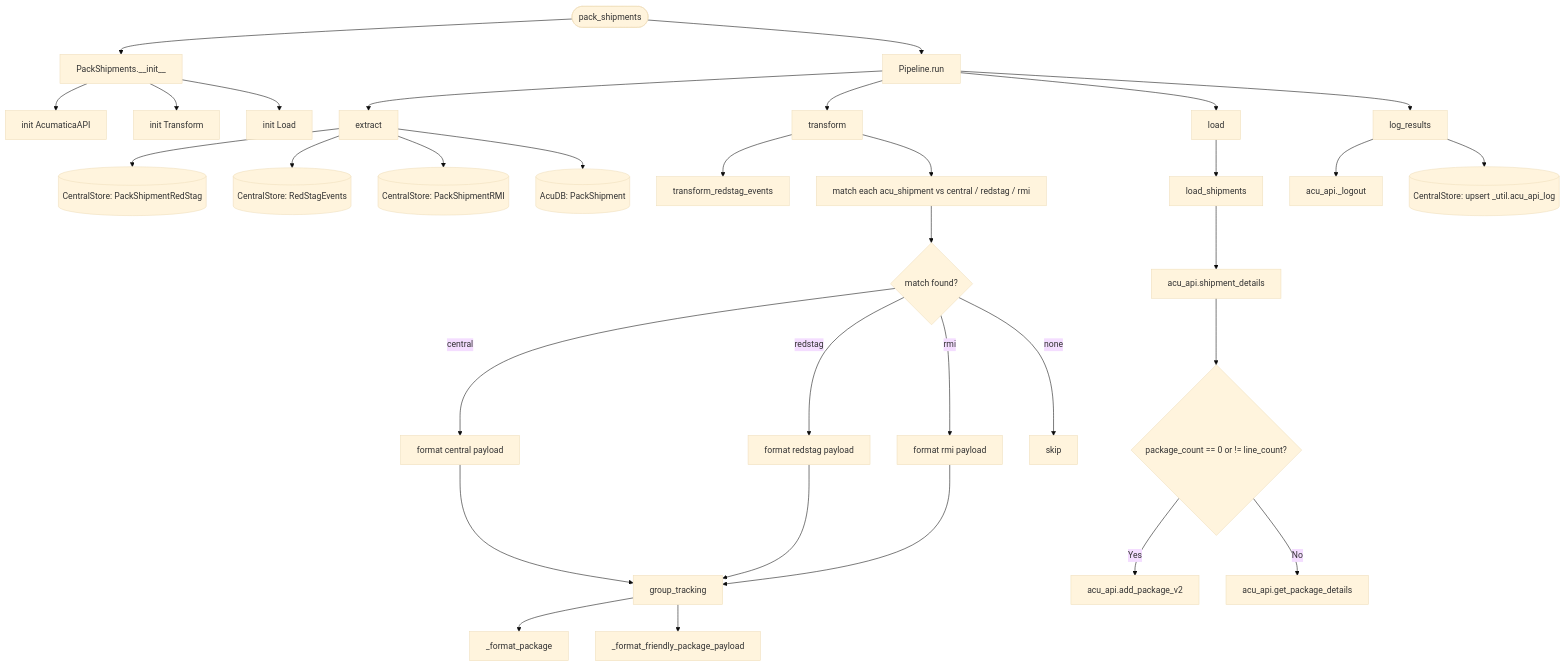
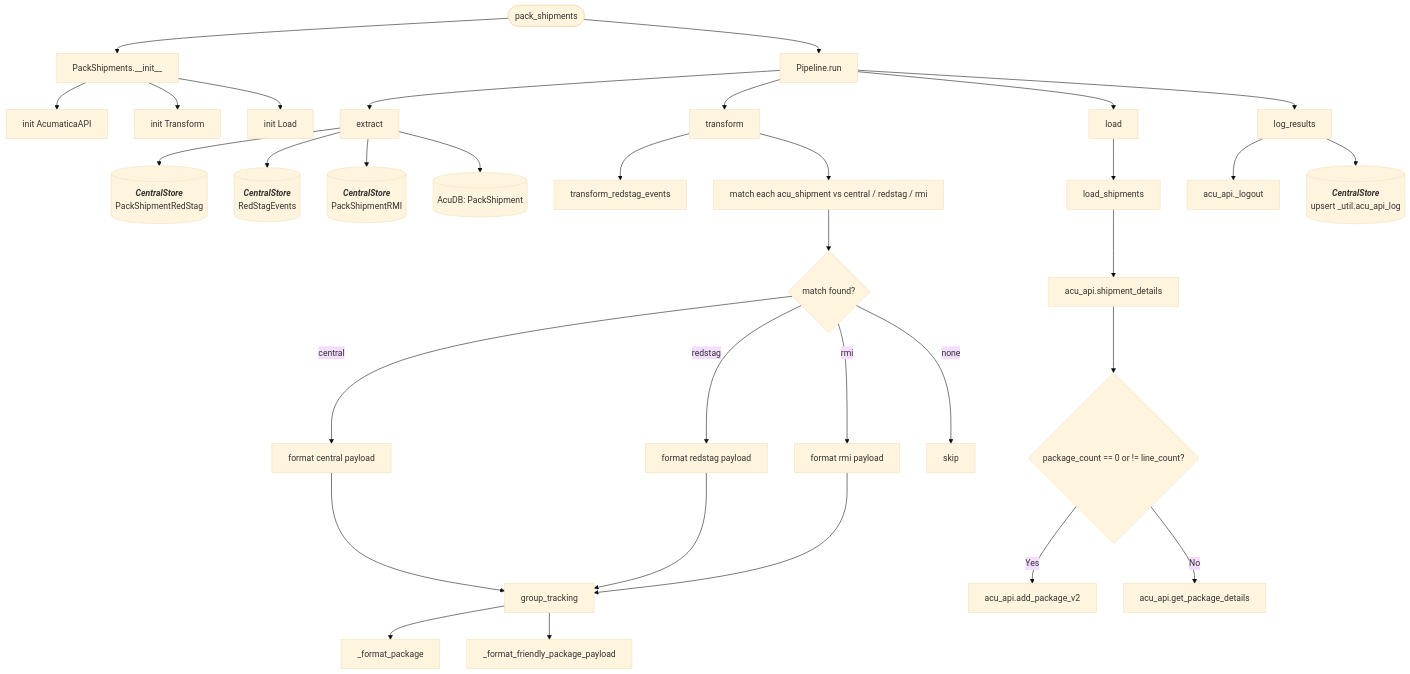
The diagram in docs/pipelines/pack_shipments.md (journeyhl/integration-platform), drawn with Mermaid (base theme) before and after one commit. The commit also changed 25 other files, not shown here.

````diff
--- a/docs/pipelines/pack_shipments.md
+++ b/docs/pipelines/pack_shipments.md
@@ -1,38 +1,50 @@
 ```mermaid
 %%{init: {"flowchart": {"wrappingWidth": 400}}}%%
 flowchart TD
     A([pack_shipments]) --> B[PackShipments.__init__]
     B --> B1[init AcumaticaAPI]
     B --> B2[init Transform]
     B --> B3[init Load]
     A --> RUN[Pipeline.run]
 
     RUN --> EX[extract]
-    EX --> D1[(CentralStore: PackShipmentRedStag)]
-    EX --> D2[(CentralStore: RedStagEvents)]
-    EX --> D3[(CentralStore: PackShipmentRMI)]
+    EX --> D1[(
+        <b><i>CentralStore</i></b>
+        PackShipmentRedStag
+    )]
+    EX --> D2[(
+        <b><i>CentralStore</i></b>
+        RedStagEvents
+    )]
+    EX --> D3[(
+        <b><i>CentralStore</i></b>
+        PackShipmentRMI
+    )]
     EX --> D4[(AcuDB: PackShipment)]
 
     RUN --> TR[transform]
     TR --> T1[transform_redstag_events]
     TR --> T2[match each acu_shipment vs central / redstag / rmi]
     T2 --> MATCH{match found?}
     MATCH -->|central| M1[format central payload]
     MATCH -->|redstag| M2[format redstag payload]
     MATCH -->|rmi| M3[format rmi payload]
     MATCH -->|none| SKIP[skip]
     M1 & M2 & M3 --> GT[group_tracking]
     GT --> FP[_format_package]
     GT --> FFP[_format_friendly_package_payload]
 
     RUN --> LD[load]
     LD --> LS[load_shipments]
     LS --> SD[acu_api.shipment_details]
     SD --> PKG{package_count == 0 or != line_count?}
     PKG -->|Yes| AP[acu_api.add_package_v2]
     PKG -->|No| GP[acu_api.get_package_details]
 
     RUN --> LR[log_results]
     LR --> LO[acu_api._logout]
-    LR --> UPS[(CentralStore: upsert _util.acu_api_log)]
+    LR --> UPS[(
+        <b><i>CentralStore</i></b>
+        upsert _util.acu_api_log
+    )]
 ```
````
